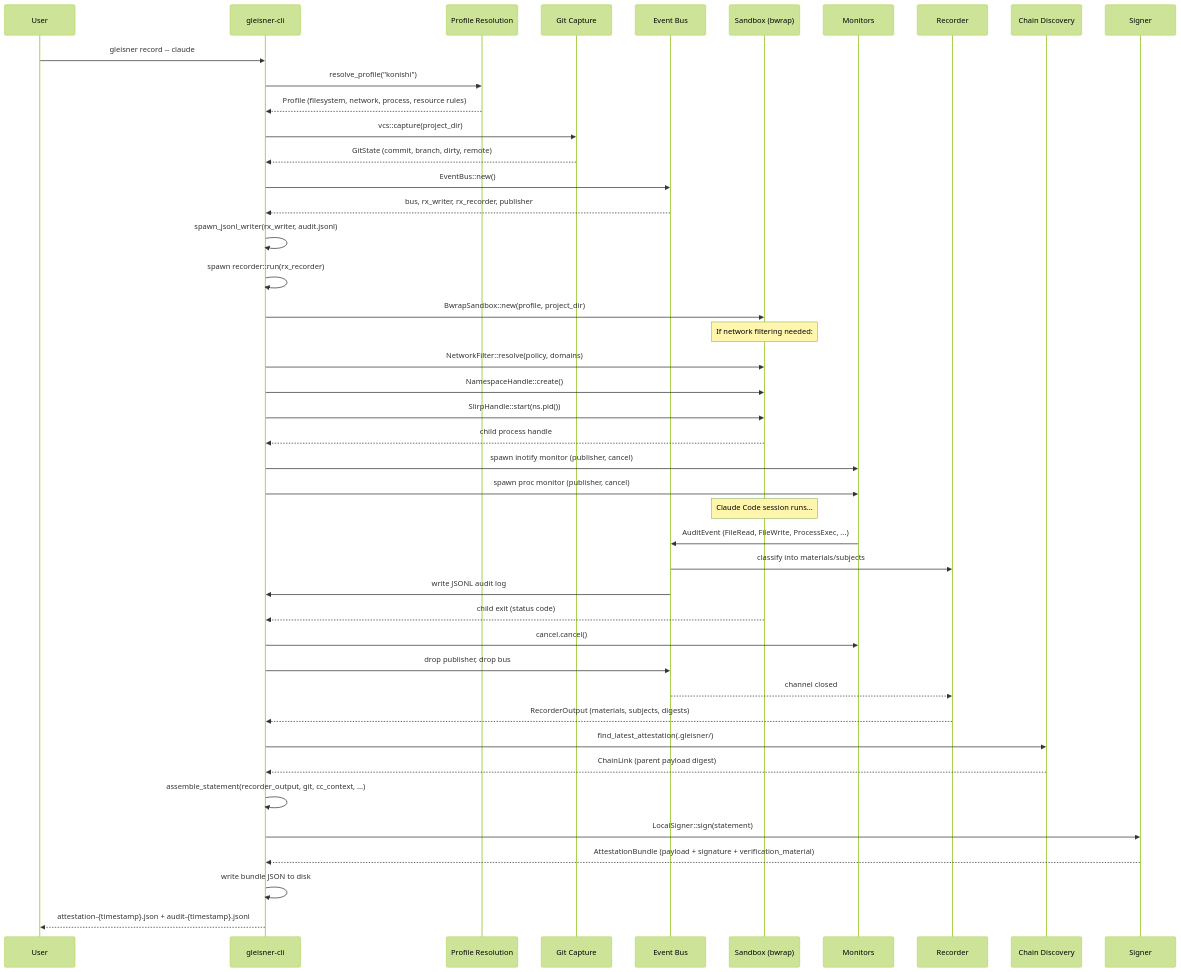
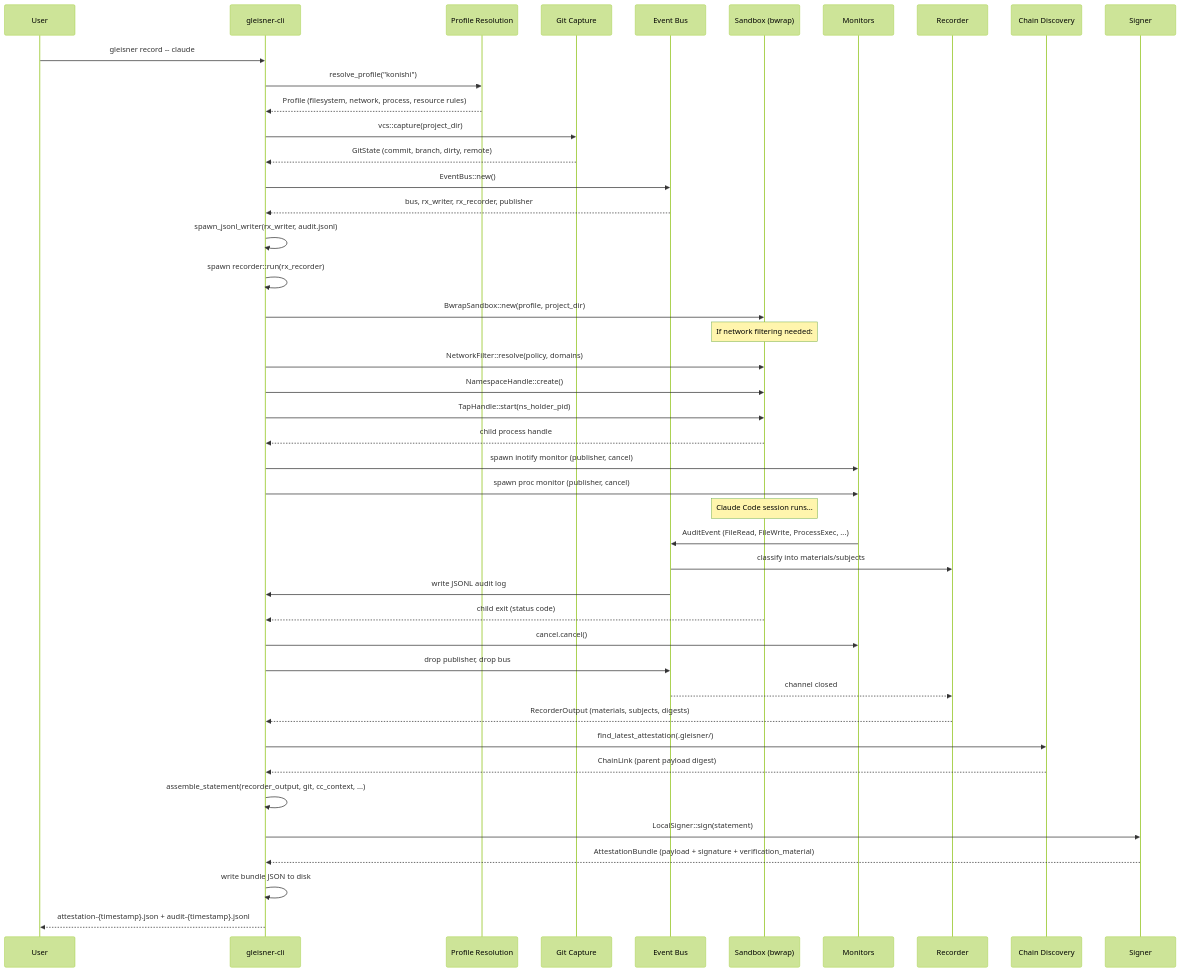
The second of 6 diagrams in docs/ARCHITECTURE.md (lexicone42/gleisner), drawn with Mermaid (forest theme) before and after one commit. The commit also changed other lines of this file and 3 other files, not shown here.

Commit message:
Update docs: expanded architecture, revised README, corrected security/threat model

````diff
--- a/docs/ARCHITECTURE.md
+++ b/docs/ARCHITECTURE.md
@@ -103,57 +118,57 @@
 ```mermaid
 sequenceDiagram
     participant User
     participant CLI as gleisner-cli
     participant Profile as Profile Resolution
     participant Git as Git Capture
     participant Bus as Event Bus
     participant Sandbox as Sandbox (bwrap)
     participant Monitor as Monitors
     participant Recorder as Recorder
     participant Chain as Chain Discovery
     participant Signer as Signer
 
     User->>CLI: gleisner record -- claude
     CLI->>Profile: resolve_profile("konishi")
     Profile-->>CLI: Profile (filesystem, network, process, resource rules)
 
     CLI->>Git: vcs::capture(project_dir)
     Git-->>CLI: GitState (commit, branch, dirty, remote)
 
     CLI->>Bus: EventBus::new()
     Bus-->>CLI: bus, rx_writer, rx_recorder, publisher
 
     CLI->>CLI: spawn_jsonl_writer(rx_writer, audit.jsonl)
     CLI->>CLI: spawn recorder::run(rx_recorder)
 
     CLI->>Sandbox: BwrapSandbox::new(profile, project_dir)
     Note over Sandbox: If network filtering needed:
     CLI->>Sandbox: NetworkFilter::resolve(policy, domains)
     CLI->>Sandbox: NamespaceHandle::create()
-    CLI->>Sandbox: SlirpHandle::start(ns.pid())
+    CLI->>Sandbox: TapHandle::start(ns_holder_pid)
     Sandbox-->>CLI: child process handle
 
     CLI->>Monitor: spawn inotify monitor (publisher, cancel)
     CLI->>Monitor: spawn proc monitor (publisher, cancel)
 
     Note over Sandbox: Claude Code session runs...
     Monitor->>Bus: AuditEvent (FileRead, FileWrite, ProcessExec, ...)
     Bus->>Recorder: classify into materials/subjects
     Bus->>CLI: write JSONL audit log
 
     Sandbox-->>CLI: child exit (status code)
 
     CLI->>Monitor: cancel.cancel()
     CLI->>Bus: drop publisher, drop bus
     Bus-->>Recorder: channel closed
     Recorder-->>CLI: RecorderOutput (materials, subjects, digests)
 
     CLI->>Chain: find_latest_attestation(.gleisner/)
     Chain-->>CLI: ChainLink (parent payload digest)
 
     CLI->>CLI: assemble_statement(recorder_output, git, cc_context, ...)
     CLI->>Signer: LocalSigner::sign(statement)
     Signer-->>CLI: AttestationBundle (payload + signature + verification_material)
     CLI->>CLI: write bundle JSON to disk
     CLI-->>User: attestation-{timestamp}.json + audit-{timestamp}.jsonl
 ```
````
